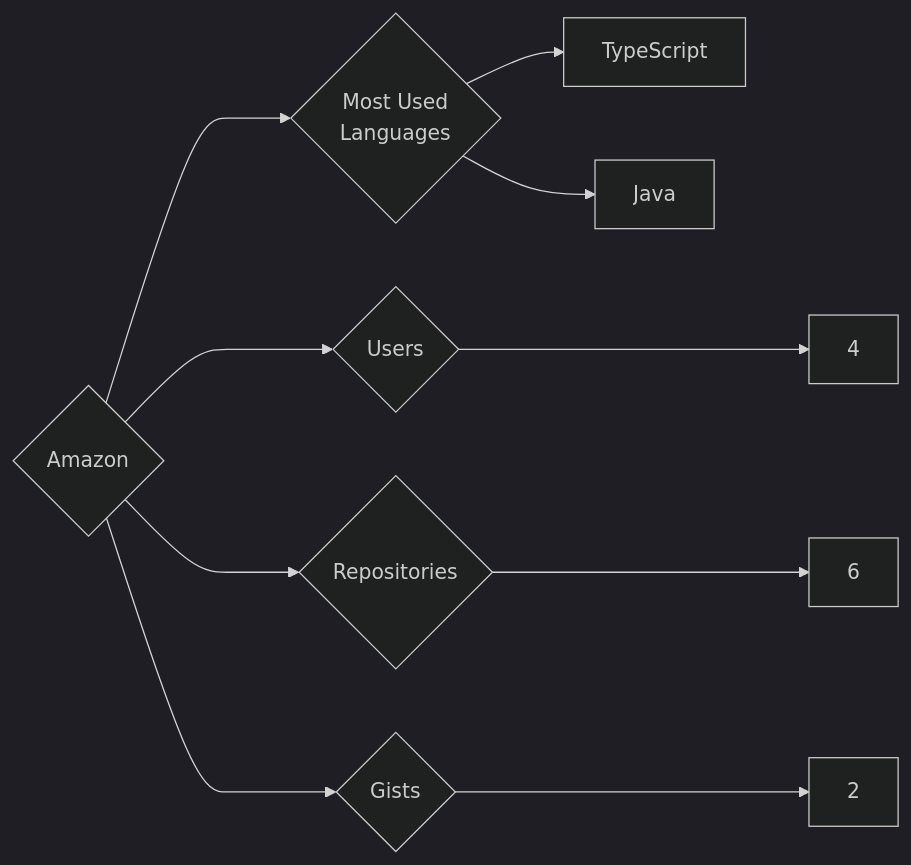
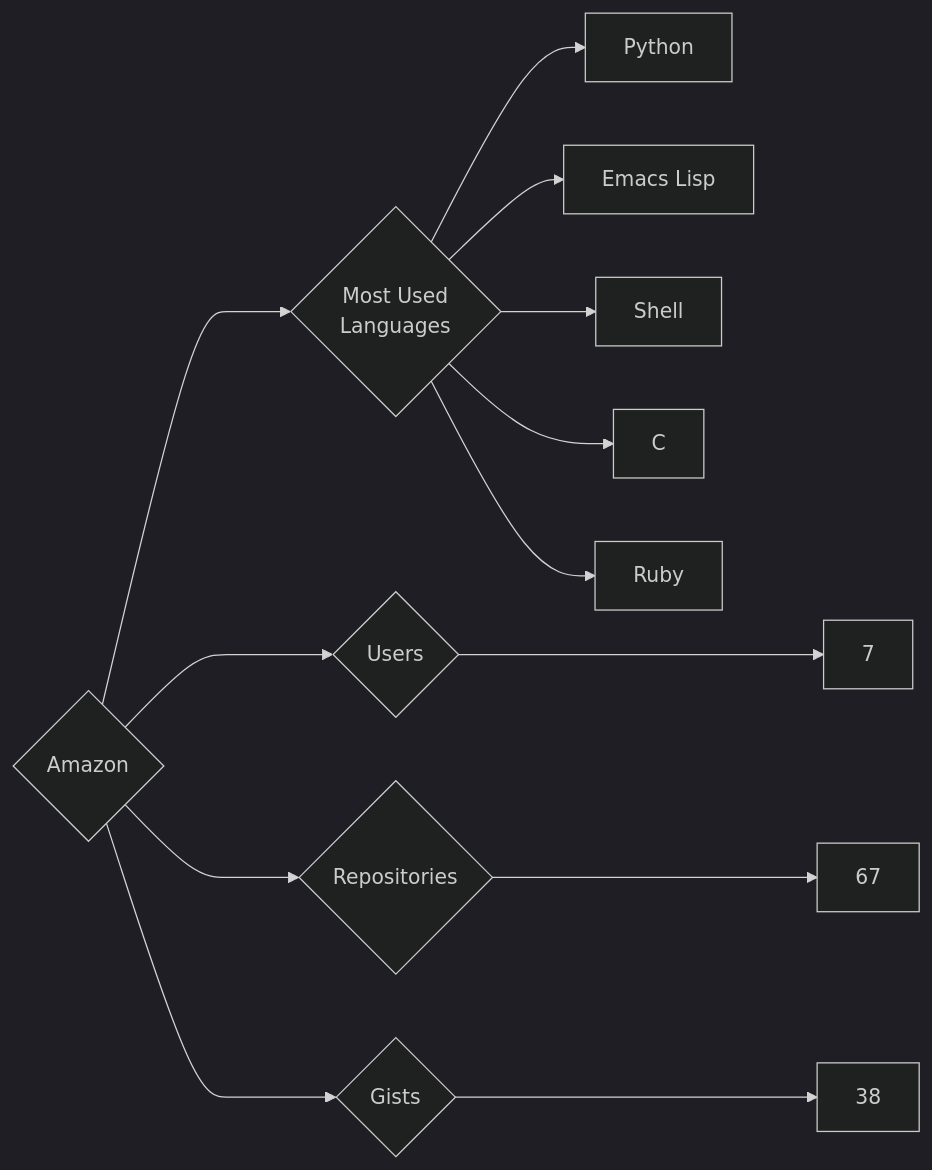
Before and after one commit to trickest/insiders: the diagram in targets/Amazon/README.md, drawn with Mermaid (dark theme). The commit also changed 776 other files, not shown here.

````diff
--- a/targets/Amazon/README.md
+++ b/targets/Amazon/README.md
@@ -3,10 +3,13 @@
 ```mermaid
 graph LR
 COMPANY_NAME{Amazon}
-COMPANY_NAME ---> U{Users} ---> UN[4]
-COMPANY_NAME ---> R{Repositories} ---> RN[6]
-COMPANY_NAME ---> G{Gists} ---> GN[2]
+COMPANY_NAME ---> U{Users} ---> UN[7]
+COMPANY_NAME ---> R{Repositories} ---> RN[67]
+COMPANY_NAME ---> G{Gists} ---> GN[38]
 COMPANY_NAME ---> ML{Most Used<br>Languages}
-ML --> TypeScript[TypeScript]
-ML --> Java[Java]
+ML --> Python[Python]
+ML --> Emacs_Lisp[Emacs Lisp]
+ML --> Shell[Shell]
+ML --> C[C]
+ML --> Ruby[Ruby]
 ```
````
